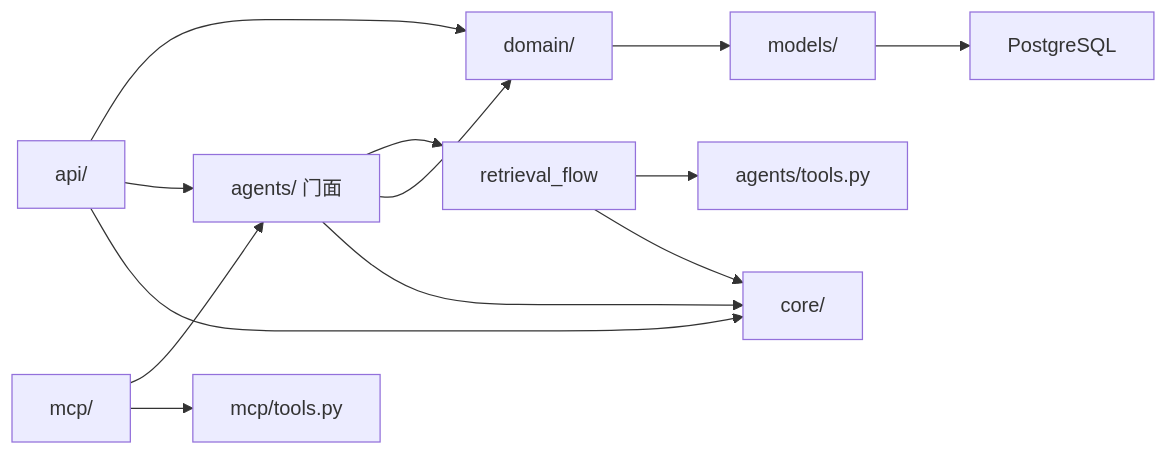
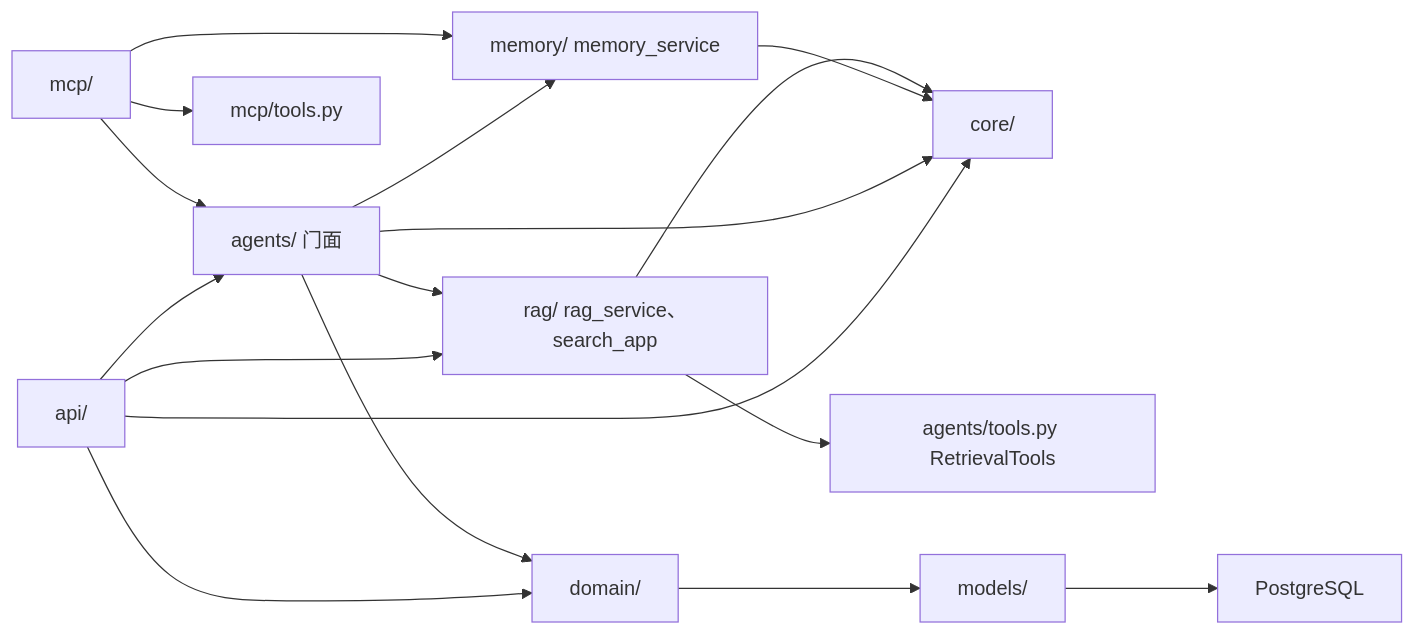
One commit to SHUN-EI/Car-Repair-System changed the third of 10 diagrams in docs/ARCHITECTURE.md. Above: the diagram before and after it, drawn with Mermaid. The commit also changed other lines of this file and 1 other file, not shown here.

````diff
--- a/docs/ARCHITECTURE.md
+++ b/docs/ARCHITECTURE.md
@@ -226,15 +235,19 @@
 ```mermaid
 flowchart LR
     API["api/"] --> Domain["domain/"]
     API --> Agents["agents/ 门面"]
+    API --> RAG["rag/ rag_service、search_app"]
     API --> Core["core/"]
-    Agents --> Flow["retrieval_flow"]
+    Agents --> RAG
+    Agents --> Memory["memory/ memory_service"]
     Agents --> Domain
     Agents --> Core
+    Memory --> Core
+    RAG --> Core
     MCP["mcp/"] --> Agents
+    MCP --> Memory
     MCP --> Tools["mcp/tools.py"]
-    Flow --> Tools2["agents/tools.py"]
-    Flow --> Core
+    RAG --> Tools2["agents/tools.py RetrievalTools"]
     Domain --> Models["models/"]
     Models --> PG["PostgreSQL"]
 ```
````
